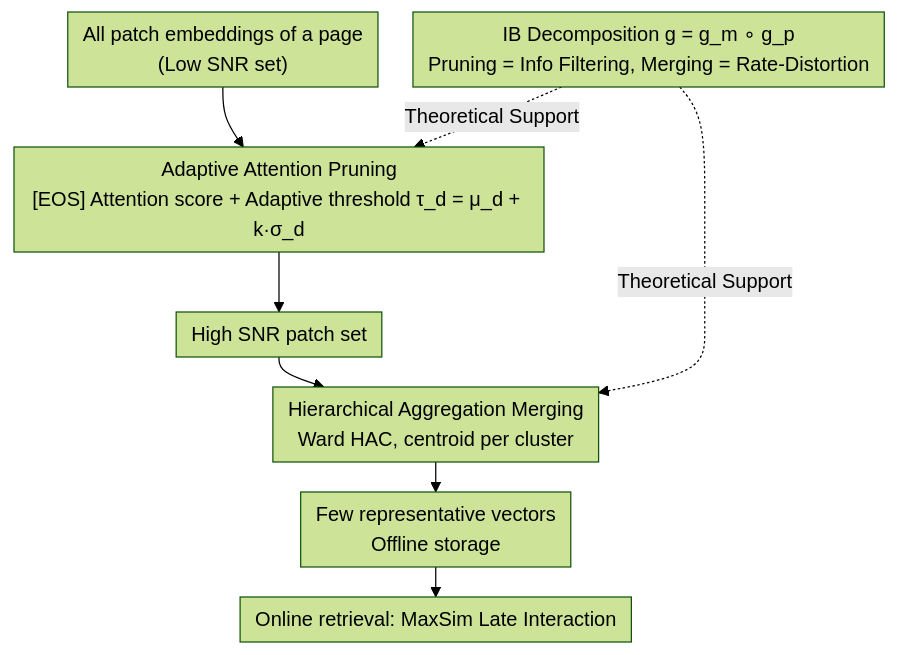
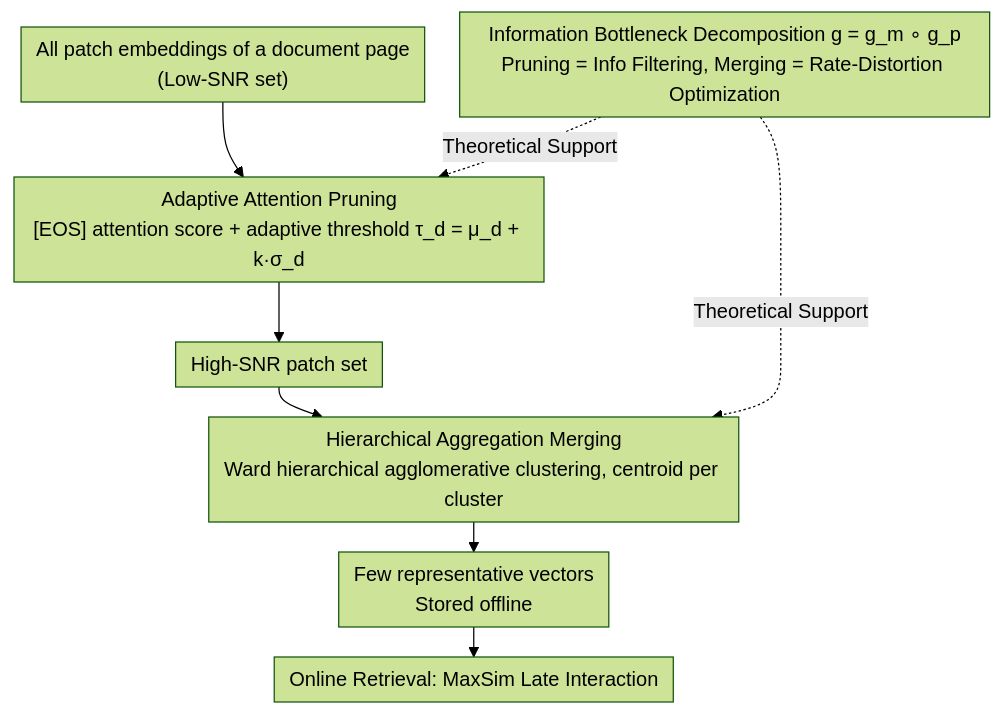
One commit to zhaoyang97/Paper-Notes-en changed the diagram in docs/ACL2026/multimodal_vlm/sculpting_the_vector_space_towards_efficient_multi-vector_visual_document_retrie.md. Above: the diagram before and after it, drawn with Mermaid (forest theme). The commit also changed other lines of this file and 5084 other files, not shown here.

````diff
--- a/docs/ACL2026/multimodal_vlm/sculpting_the_vector_space_towards_efficient_multi-vector_visual_document_retrie.md
+++ b/docs/ACL2026/multimodal_vlm/sculpting_the_vector_space_towards_efficient_multi-vector_visual_document_retrie.md
@@ -45,11 +45,11 @@
 ```mermaid
 %%{init: {'flowchart': {'rankSpacing': 24, 'nodeSpacing': 28, 'padding': 6, 'wrappingWidth': 400}}}%%
 flowchart TD
-    A["All patch embeddings of a page<br/>(Low SNR set)"] --> B["Adaptive Attention Pruning<br/>[EOS] Attention score + Adaptive threshold τ_d = μ_d + k·σ_d"]
-    B --> C["High SNR patch set"]
-    C --> D["Hierarchical Aggregation Merging<br/>Ward HAC, centroid per cluster"]
-    D --> E["Few representative vectors<br/>Offline storage"]
-    E --> F["Online retrieval: MaxSim Late Interaction"]
-    IB["IB Decomposition g = g_m ∘ g_p<br/>Pruning = Info Filtering, Merging = Rate-Distortion"] -. Theoretical Support .-> B
+    A["All patch embeddings of a document page<br/>(Low-SNR set)"] --> B["Adaptive Attention Pruning<br/>[EOS] attention score + adaptive threshold τ_d = μ_d + k·σ_d"]
+    B --> C["High-SNR patch set"]
+    C --> D["Hierarchical Aggregation Merging<br/>Ward hierarchical agglomerative clustering, centroid per cluster"]
+    D --> E["Few representative vectors<br/>Stored offline"]
+    E --> F["Online Retrieval: MaxSim Late Interaction"]
+    IB["Information Bottleneck Decomposition g = g_m ∘ g_p<br/>Pruning = Info Filtering, Merging = Rate-Distortion Optimization"] -. Theoretical Support .-> B
     IB -. Theoretical Support .-> D
 ```
````
